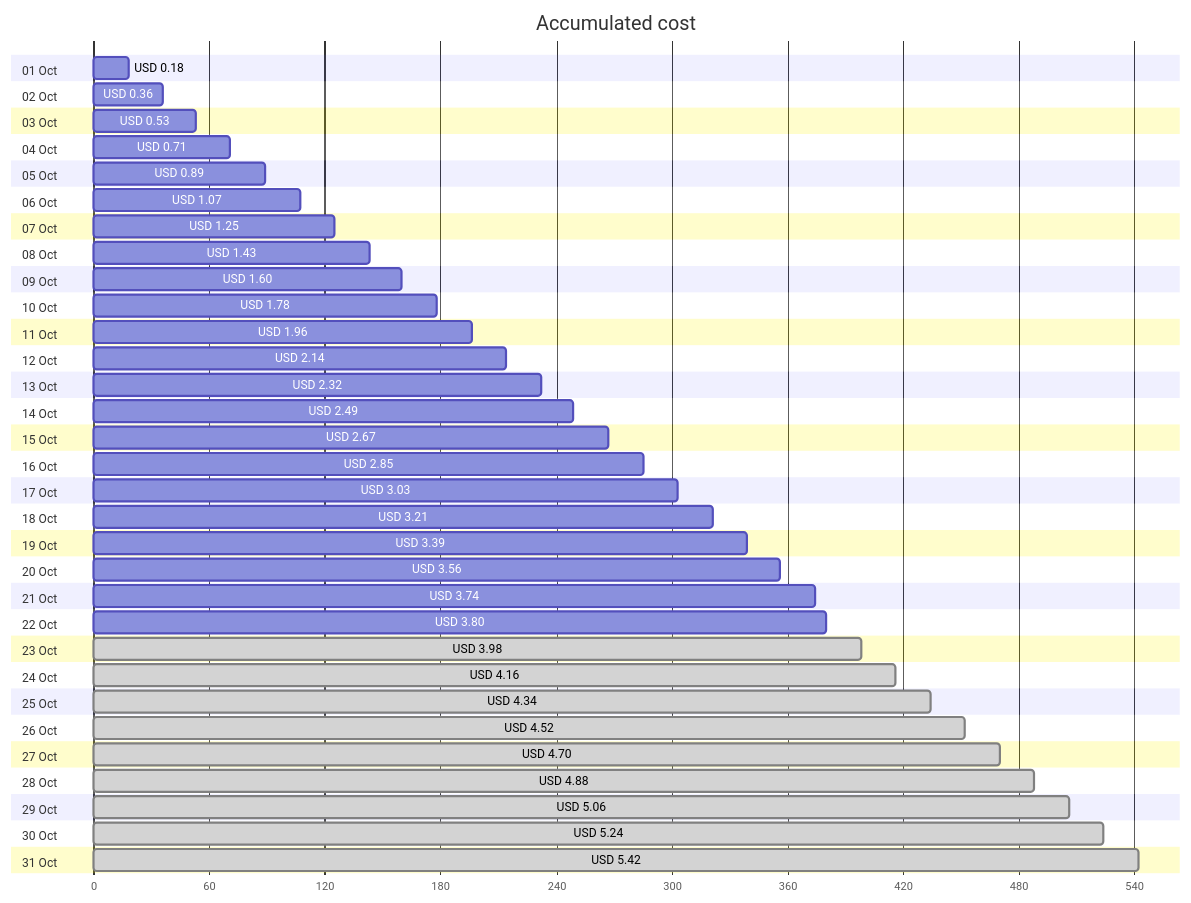
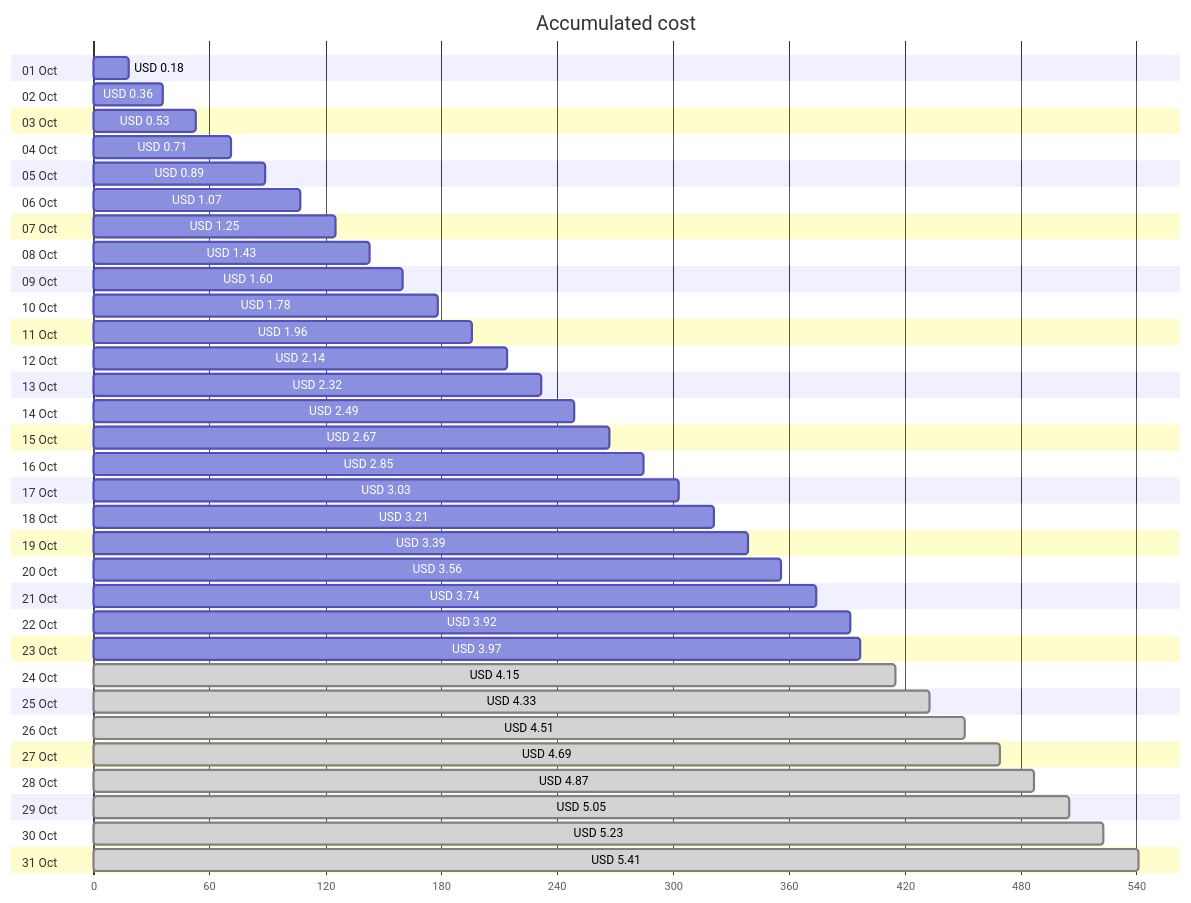
The first of 4 diagrams in cost-reports/personal-network/backup-server.md (jpfulton/azure-personal-reports), drawn with Mermaid before and after one commit. The commit also changed other lines of this file and 8 other files, not shown here.

````diff
--- a/cost-reports/personal-network/backup-server.md
+++ b/cost-reports/personal-network/backup-server.md
@@ -20,68 +20,68 @@
 ```mermaid
 gantt
    title Accumulated cost
    dateFormat  X
    axisFormat %s
    section 01 Oct
    USD 0.18 :0, 18
    section 02 Oct
    USD 0.36 :0, 36
    section 03 Oct
    USD 0.53 :0, 53
    section 04 Oct
    USD 0.71 :0, 71
    section 05 Oct
    USD 0.89 :0, 89
    section 06 Oct
    USD 1.07 :0, 107
    section 07 Oct
    USD 1.25 :0, 125
    section 08 Oct
    USD 1.43 :0, 143
    section 09 Oct
    USD 1.60 :0, 160
    section 10 Oct
    USD 1.78 :0, 178
    section 11 Oct
    USD 1.96 :0, 196
    section 12 Oct
    USD 2.14 :0, 214
    section 13 Oct
    USD 2.32 :0, 232
    section 14 Oct
    USD 2.49 :0, 249
    section 15 Oct
    USD 2.67 :0, 267
    section 16 Oct
    USD 2.85 :0, 285
    section 17 Oct
    USD 3.03 :0, 303
    section 18 Oct
    USD 3.21 :0, 321
    section 19 Oct
    USD 3.39 :0, 339
    section 20 Oct
    USD 3.56 :0, 356
    section 21 Oct
    USD 3.74 :0, 374
    section 22 Oct
-   USD 3.80 :0, 380
+   USD 3.92 :0, 392
    section 23 Oct
-   USD 3.98 : done, 0, 398
+   USD 3.97 :0, 397
    section 24 Oct
-   USD 4.16 : done, 0, 416
+   USD 4.15 : done, 0, 415
    section 25 Oct
-   USD 4.34 : done, 0, 434
+   USD 4.33 : done, 0, 433
    section 26 Oct
-   USD 4.52 : done, 0, 452
+   USD 4.51 : done, 0, 451
    section 27 Oct
-   USD 4.70 : done, 0, 470
+   USD 4.69 : done, 0, 469
    section 28 Oct
-   USD 4.88 : done, 0, 488
+   USD 4.87 : done, 0, 487
    section 29 Oct
-   USD 5.06 : done, 0, 506
+   USD 5.05 : done, 0, 505
    section 30 Oct
-   USD 5.24 : done, 0, 524
+   USD 5.23 : done, 0, 523
    section 31 Oct
-   USD 5.42 : done, 0, 542
+   USD 5.41 : done, 0, 541
 ```
````
